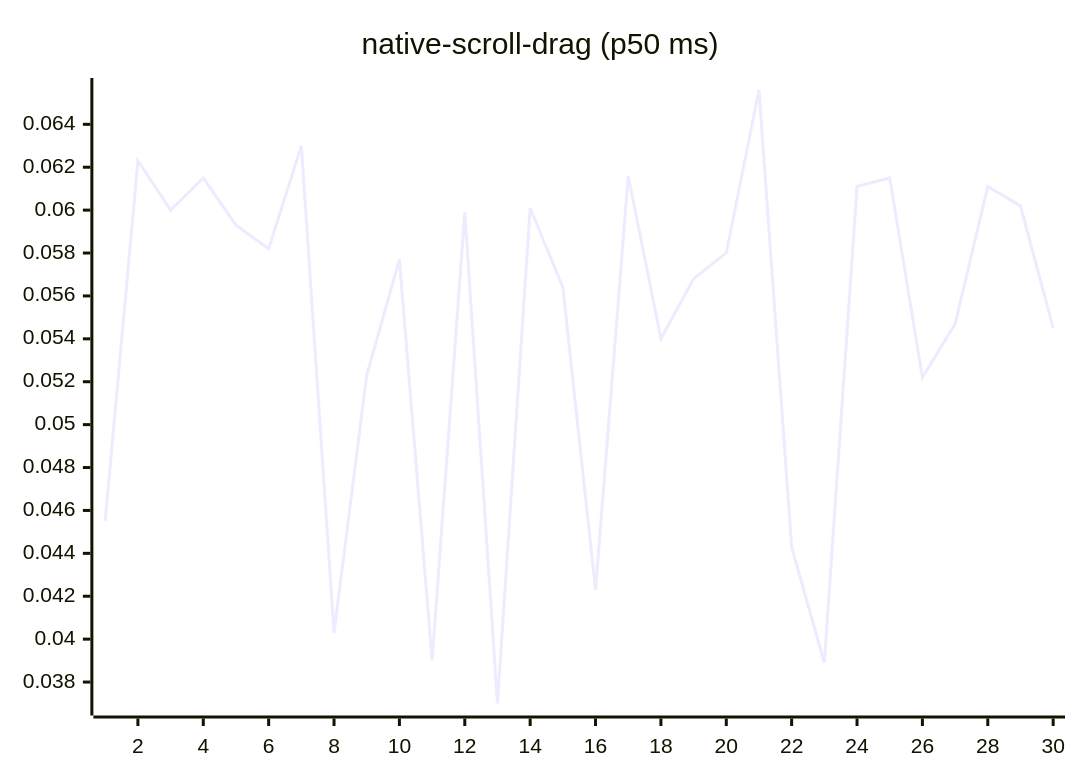
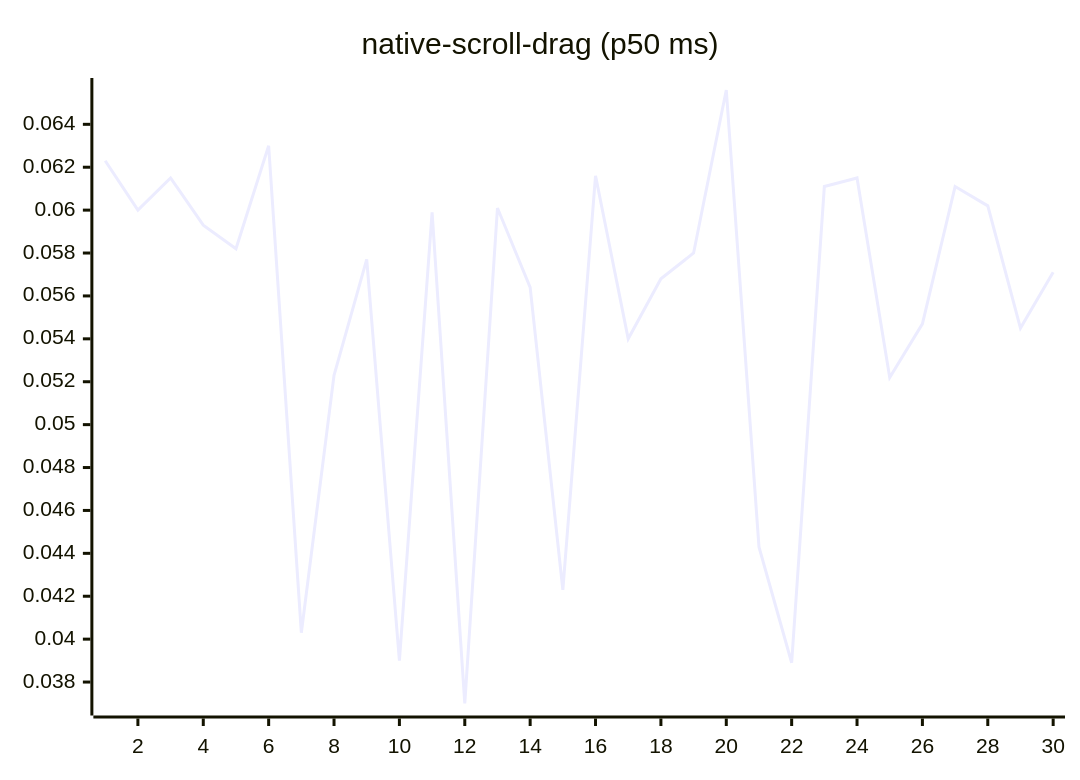
Diagram 14 of 27 in README.md (josha/Facet), drawn with Mermaid before and after one commit. The commit also changed other lines of this file and 2 other files, not shown here.

````diff
--- a/README.md
+++ b/README.md
@@ -154,6 +154,6 @@
 ```mermaid
 xychart-beta
     title "native-scroll-drag (p50 ms)"
     x-axis 1 --> 30
-    line [0.0455, 0.0623, 0.0600, 0.0615, 0.0593, 0.0582, 0.0630, 0.0403, 0.0523, 0.0577, 0.0390, 0.0599, 0.0370, 0.0601, 0.0564, 0.0423, 0.0616, 0.0540, 0.0568, 0.0580, 0.0656, 0.0443, 0.0389, 0.0611, 0.0615, 0.0522, 0.0547, 0.0611, 0.0602, 0.0545]
+    line [0.0623, 0.0600, 0.0615, 0.0593, 0.0582, 0.0630, 0.0403, 0.0523, 0.0577, 0.0390, 0.0599, 0.0370, 0.0601, 0.0564, 0.0423, 0.0616, 0.0540, 0.0568, 0.0580, 0.0656, 0.0443, 0.0389, 0.0611, 0.0615, 0.0522, 0.0547, 0.0611, 0.0602, 0.0545, 0.0571]
 ```
````
